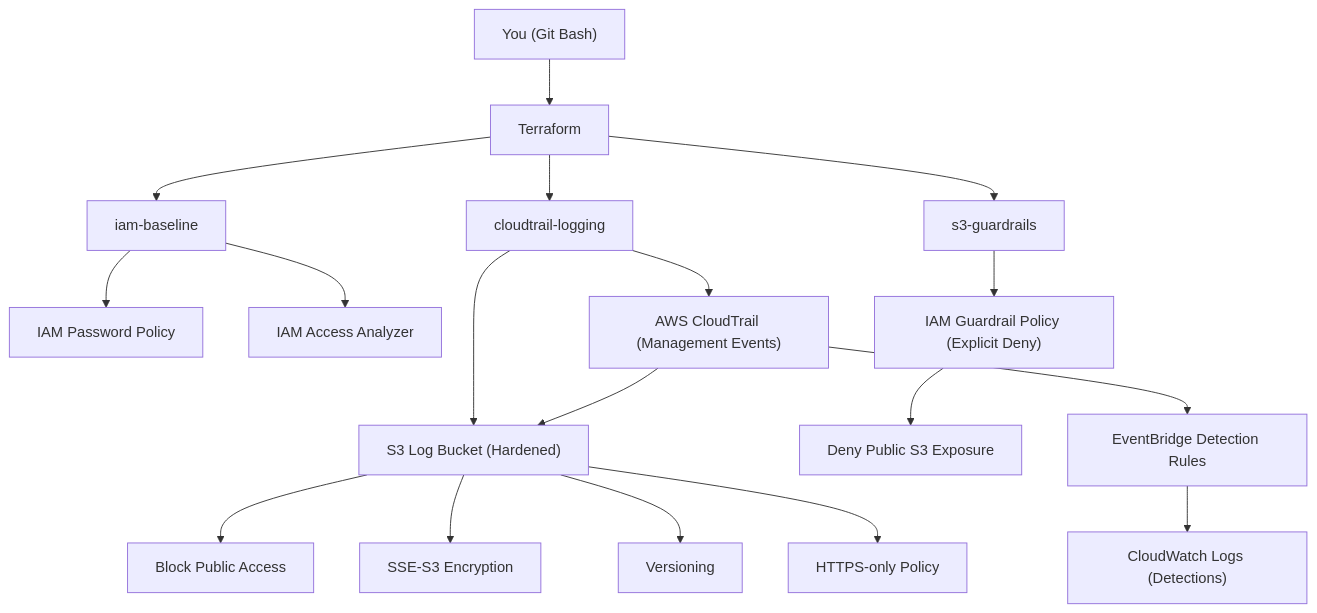
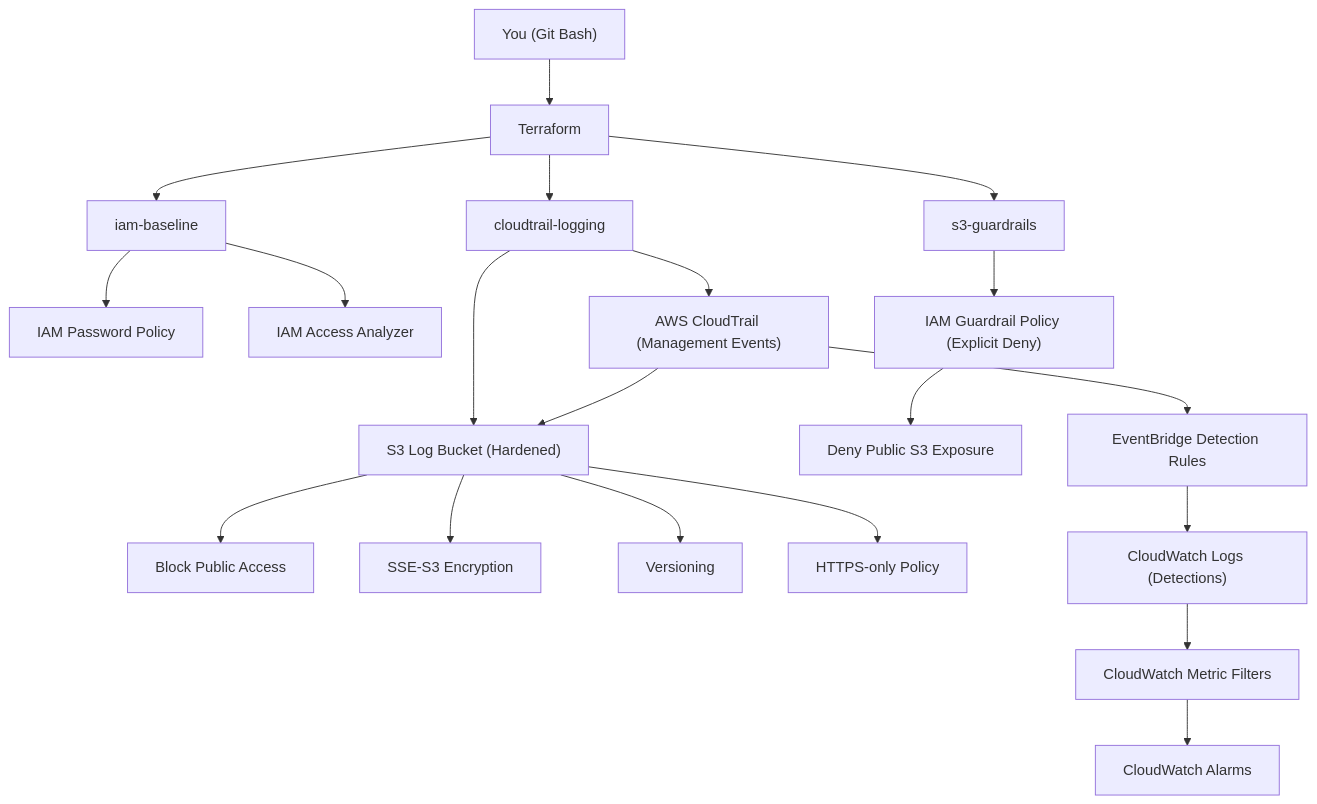
One commit to Hydrojak/aws-cloud-hardening-baseline changed the diagram in README.md. Above: the diagram before and after it, drawn with Mermaid. The commit also changed other lines of this file, not shown here.

````diff
--- a/README.md
+++ b/README.md
@@ -43,28 +52,32 @@
 ```mermaid
 flowchart TB
   Dev["You (Git Bash)"] --> TF["Terraform"]
 
   %% V1 - Hardening
   TF --> M1["iam-baseline"]
   TF --> M2["cloudtrail-logging"]
   TF --> M3["s3-guardrails"]
 
   M1 --> PP["IAM Password Policy"]
   M1 --> AA["IAM Access Analyzer"]
 
   M2 --> CT["AWS CloudTrail (Management Events)"]
   M2 --> S3["S3 Log Bucket (Hardened)"]
   CT --> S3
 
   S3 --> PAB["Block Public Access"]
   S3 --> ENC["SSE-S3 Encryption"]
   S3 --> VER["Versioning"]
   S3 --> TLS["HTTPS-only Policy"]
 
   M3 --> GP["IAM Guardrail Policy (Explicit Deny)"]
   GP --> DENY["Deny Public S3 Exposure"]
 
   %% V2 - Detection
   CT --> EB["EventBridge Detection Rules"]
   EB --> CWL["CloudWatch Logs (Detections)"]
+  %% V2.2 - Alerting
+  CWL --> MF["CloudWatch Metric Filters"]
+  MF --> AL["CloudWatch Alarms"]
+
 ```
````
